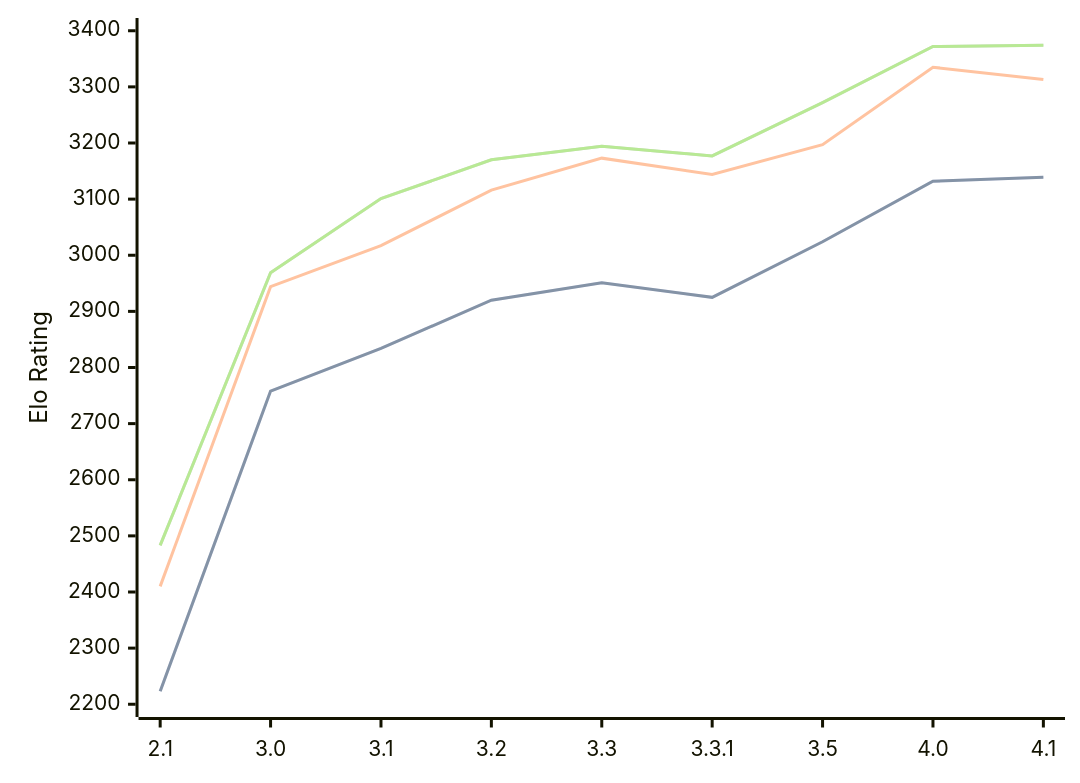
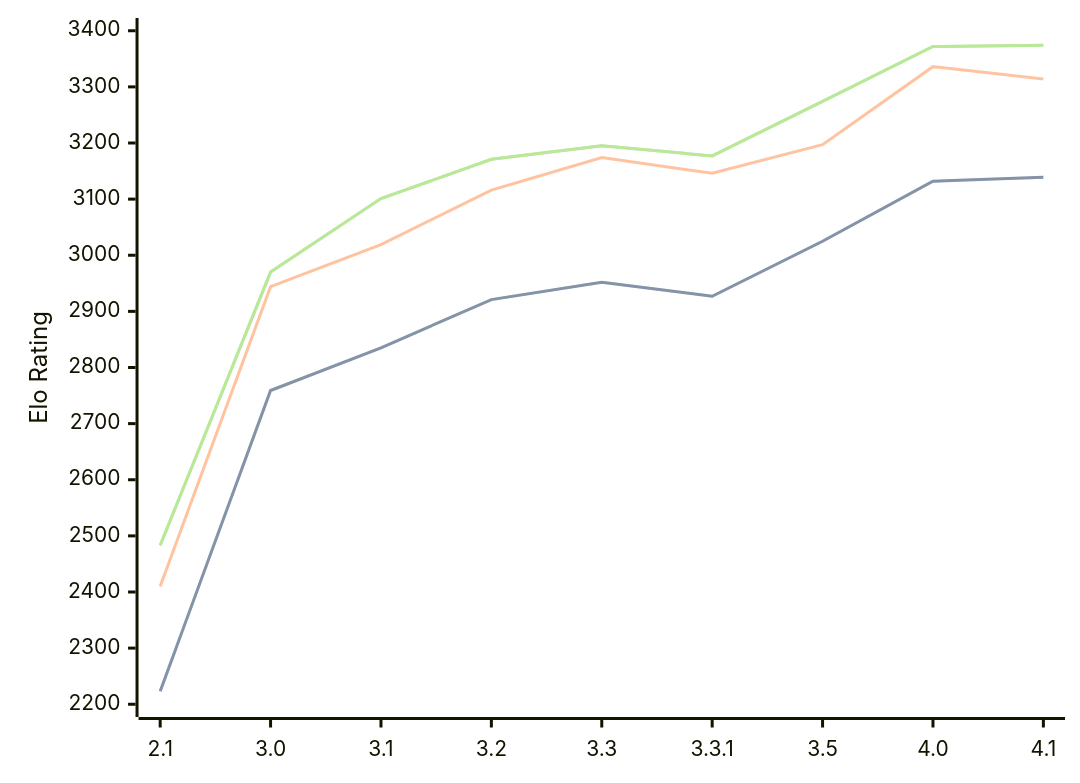
The diagram in engines/Petrel.md (computer-chess-index/cci), drawn with Mermaid before and after one commit. The commit also changed other lines of this file, not shown here.

Commit message:
Update CCI Ratings (ELO VLTC) - 2026-09-16

````diff
--- a/engines/Petrel.md
+++ b/engines/Petrel.md
@@ -39,11 +39,11 @@
 ```mermaid
 %%{init: {"theme":"base","themeVariables":{"seriesColors:['#a3a3a3','#222221','#faa371']}}}%%
 xychart-beta
   x-axis ["2.1", "3.0", "3.1", "3.2", "3.3", "3.3.1", "3.5", "4.0", "4.1"]
   y-axis "Elo Rating" 2200 --> 3400
-  line "" [2223, 2758, 2834, 2920, 2951, 2925, 3024, 3132, 3139]
-  line "STC (8.0+0.08s)" [2223, 2758, 2834, 2920, 2951, 2925, 3024, 3132, 3139]
-  line "LTC (60.0+0.60s)" [2410, 2944, 3017, 3116, 3173, 3144, 3197, 3335, 3313]
-  line "" [2483, 2969, 3101, 3170, 3194, 3177, 3272, 3372, 3374]
-  line "VLTC (2m24s+1.12s)" [2483, 2969, 3101, 3170, 3194, 3177, 3272, 3372, 3374]
+  line "" [2223, 2759, 2835, 2921, 2952, 2927, 3025, 3132, 3139]
+  line "STC (8.0+0.08s)" [2223, 2759, 2835, 2921, 2952, 2927, 3025, 3132, 3139]
+  line "LTC (60.0+0.60s)" [2410, 2944, 3019, 3116, 3174, 3146, 3197, 3336, 3314]
+  line "" [2483, 2970, 3101, 3171, 3195, 3177, 3274, 3372, 3374]
+  line "VLTC (2m24s+1.12s)" [2483, 2970, 3101, 3171, 3195, 3177, 3274, 3372, 3374]
 ```
````
